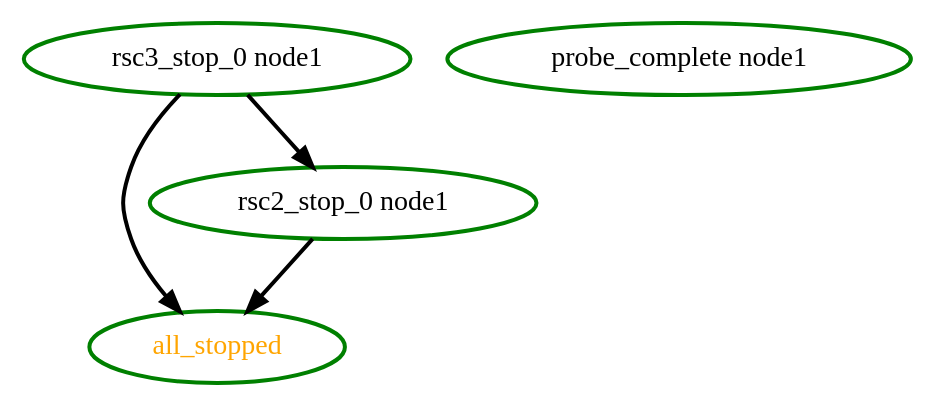
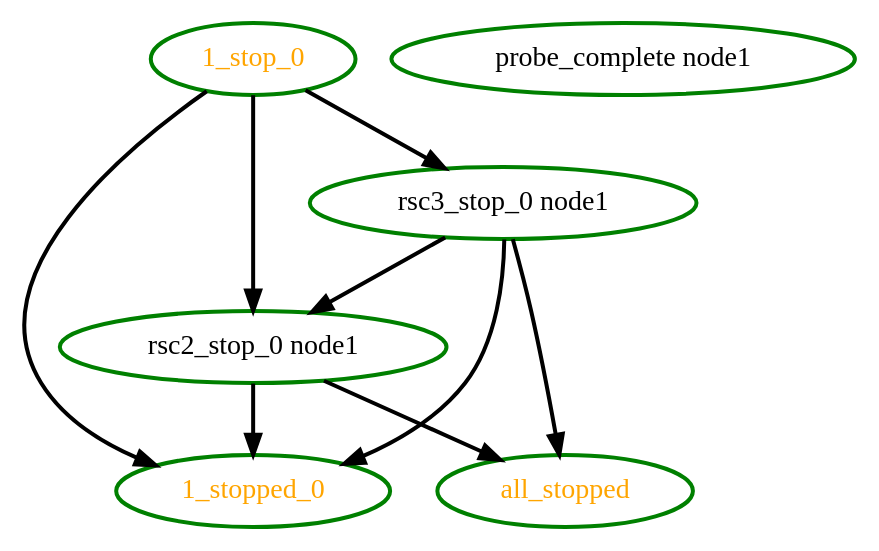
One commit to linux-ha-japan/pm_diskd changed the diagram in pengine/testcases/group11.dot. Above: the diagram before and after it, drawn with Graphviz. The commit also changed 27 other files, not shown here.

```diff
--- a/pengine/testcases/group11.dot
+++ b/pengine/testcases/group11.dot
@@ -1,9 +1,16 @@
  digraph "g" {
+"1_stop_0" -> "1_stopped_0" [ style = bold]
+"1_stop_0" -> "rsc2_stop_0 node1" [ style = bold]
+"1_stop_0" -> "rsc3_stop_0 node1" [ style = bold]
+"1_stop_0" [ style=bold color="green" fontcolor="orange"  ]
+"1_stopped_0" [ style=bold color="green" fontcolor="orange"  ]
 "all_stopped" [ style=bold color="green" fontcolor="orange"  ]
 "probe_complete node1" [ style=bold color="green" fontcolor="black" ]
+"rsc2_stop_0 node1" -> "1_stopped_0" [ style = bold]
 "rsc2_stop_0 node1" -> "all_stopped" [ style = bold]
 "rsc2_stop_0 node1" [ style=bold color="green" fontcolor="black" ]
+"rsc3_stop_0 node1" -> "1_stopped_0" [ style = bold]
 "rsc3_stop_0 node1" -> "all_stopped" [ style = bold]
 "rsc3_stop_0 node1" -> "rsc2_stop_0 node1" [ style = bold]
 "rsc3_stop_0 node1" [ style=bold color="green" fontcolor="black" ]
 }
```
